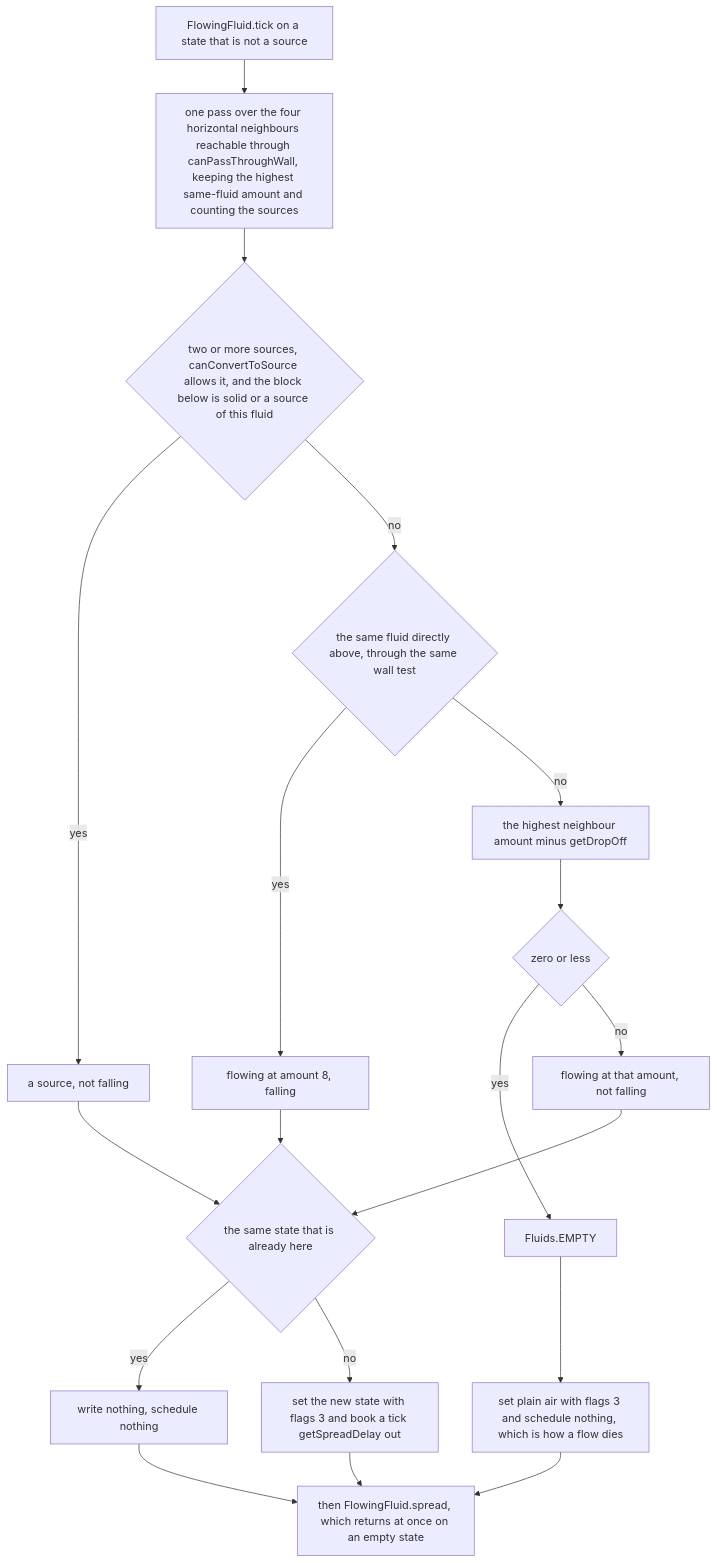
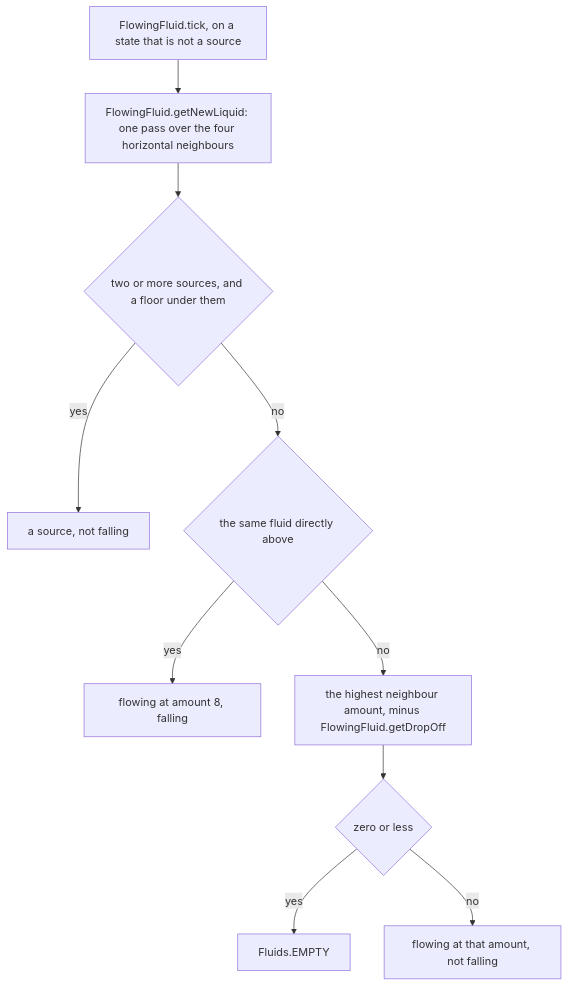
One commit to AlexanderjFraser/MinecraftDocs changed the second of 3 diagrams in src/systems/world/fluids.md. Above: the diagram before and after it, drawn with Mermaid. The commit also changed other lines of this file and 22 other files, not shown here.

First line of the commit message:
pass 7, session D — Part IV: four splits at a mechanism's own joint, a pyramid that was a table, and thirteen captions the stylesheet had silently stopped matching

````diff
--- a/src/systems/world/fluids.md
+++ b/src/systems/world/fluids.md
@@ -207,21 +216,13 @@
 ```mermaid
 flowchart TD
-    T["FlowingFluid.tick on a state that is not a source"] --> SCAN["one pass over the four horizontal neighbours reachable through canPassThroughWall, keeping the highest same-fluid amount and counting the sources"]
-    SCAN --> B1{"two or more sources, canConvertToSource allows it, and the block below is solid or a source of this fluid"}
+    T["FlowingFluid.tick, on a state that is not a source"]
+    T --> SCAN["FlowingFluid.getNewLiquid: one pass over the four horizontal neighbours"]
+    SCAN --> B1{"two or more sources, and a floor under them"}
     B1 -- yes --> SRC["a source, not falling"]
-    B1 -- no --> B2{"the same fluid directly above, through the same wall test"}
+    B1 -- no --> B2{"the same fluid directly above"}
     B2 -- yes --> FALL["flowing at amount 8, falling"]
-    B2 -- no --> B3["the highest neighbour amount minus getDropOff"]
+    B2 -- no --> B3["the highest neighbour amount, minus FlowingFluid.getDropOff"]
     B3 --> Z{"zero or less"}
     Z -- yes --> EMPTY["Fluids.EMPTY"]
     Z -- no --> FLOW["flowing at that amount, not falling"]
-    SRC --> CMP{"the same state that is already here"}
-    FALL --> CMP
-    FLOW --> CMP
-    EMPTY --> AIR["set plain air with flags 3 and schedule nothing, which is how a flow dies"]
-    AIR --> SPREAD
-    CMP -- yes --> KEEP["write nothing, schedule nothing"]
-    CMP -- no --> SET["set the new state with flags 3 and book a tick getSpreadDelay out"]
-    KEEP --> SPREAD["then FlowingFluid.spread, which returns at once on an empty state"]
-    SET --> SPREAD
 ```
````
